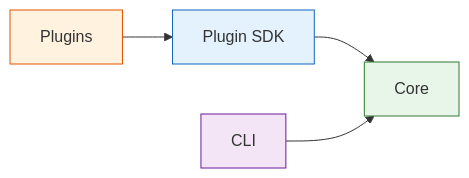
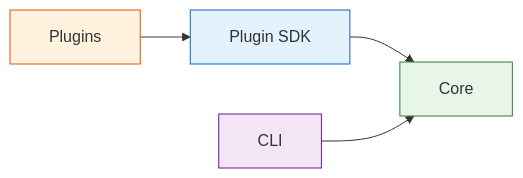
One commit to josephquigley/piqley-cli changed the first of 2 diagrams in docs/architecture/overview.md. Above: the diagram before and after it, drawn with Mermaid.

Commit message:
fix: add nbsp padding to mermaid node labels to prevent clipping

````diff
--- a/docs/architecture/overview.md
+++ b/docs/architecture/overview.md
@@ -7,16 +7,16 @@
 ```mermaid
 ---
 config:
   flowchart:
     useMaxWidth: false
 ---
 graph LR
-  Plugins["Plugins"] --> SDK["Plugin SDK"]
-  SDK --> Core["Core"]
-  CLI["CLI"] --> Core
+  Plugins["&nbsp;&nbsp;Plugins&nbsp;&nbsp;"] --> SDK["&nbsp;&nbsp;Plugin SDK&nbsp;&nbsp;"]
+  SDK --> Core["&nbsp;&nbsp;Core&nbsp;&nbsp;"]
+  CLI["&nbsp;&nbsp;CLI&nbsp;&nbsp;"] --> Core
 
   style Plugins fill:#fff3e0,stroke:#e65100
   style SDK fill:#e3f2fd,stroke:#1565c0
   style Core fill:#e8f5e9,stroke:#2e7d32
   style CLI fill:#f3e5f5,stroke:#6a1b9a
 ```
````
